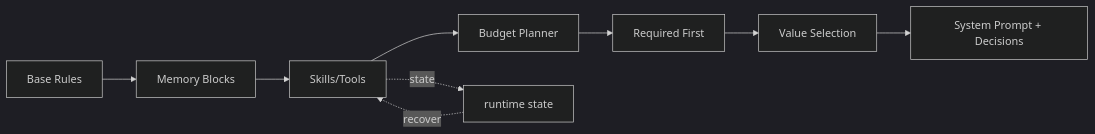
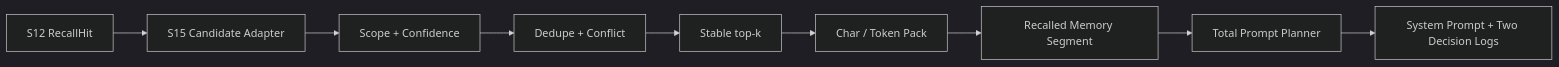
One commit to Zenquan/learn-workbuddy changed the diagram in s15_prompt_assembly/README.md. Above: the diagram before and after it, drawn with Mermaid (dark theme). The commit also changed other lines of this file and 3 other files, not shown here.

Commit message:
refactor(s15): design selection and context budget assembly

````diff
--- a/s15_prompt_assembly/README.md
+++ b/s15_prompt_assembly/README.md
@@ -13,11 +45,11 @@
 ```mermaid
 flowchart LR
-    A["Base Rules"] --> B["Memory Blocks"]
-    B --> C["Skills/Tools"]
-    C --> D["Budget Planner"]
-    D --> E["Required First"]
-    E --> F["Value Selection"]
-    F --> G["System Prompt + Decisions"]
-    C -. "state" .-> S["runtime state"]
-    S -. "recover" .-> C
+    A["S12 RecallHit"] --> B["S15 Candidate Adapter"]
+    B --> C["Scope + Confidence"]
+    C --> D["Dedupe + Conflict"]
+    D --> E["Stable top-k"]
+    E --> F["Char / Token Pack"]
+    F --> G["Recalled Memory Segment"]
+    G --> H["Total Prompt Planner"]
+    H --> I["System Prompt + Two Decision Logs"]
 ```
````
